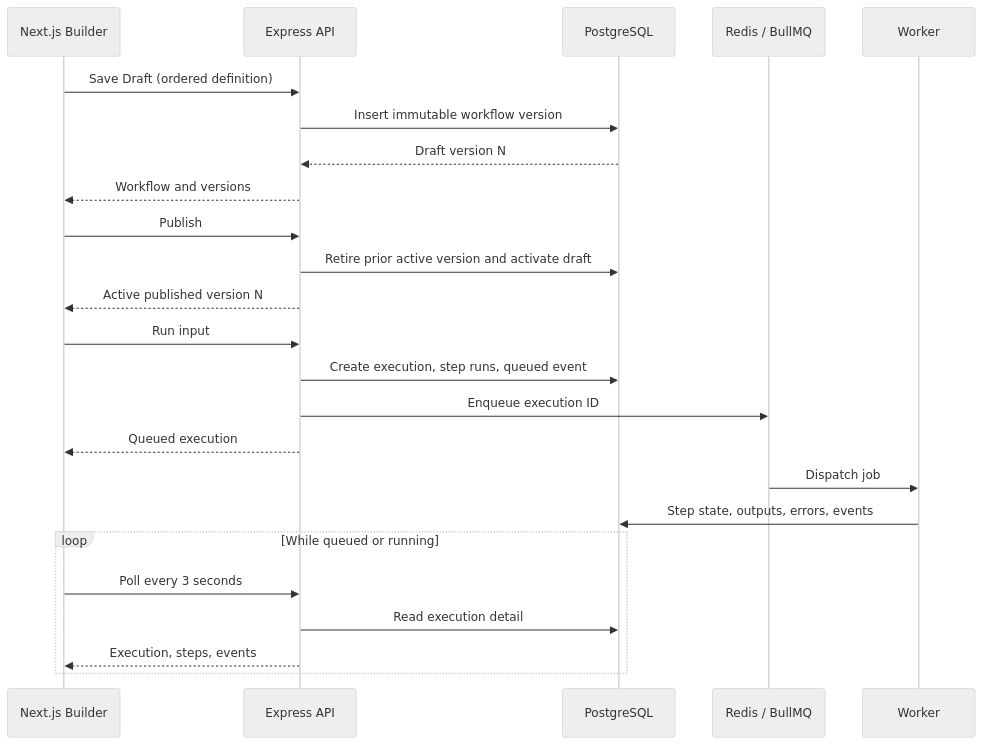
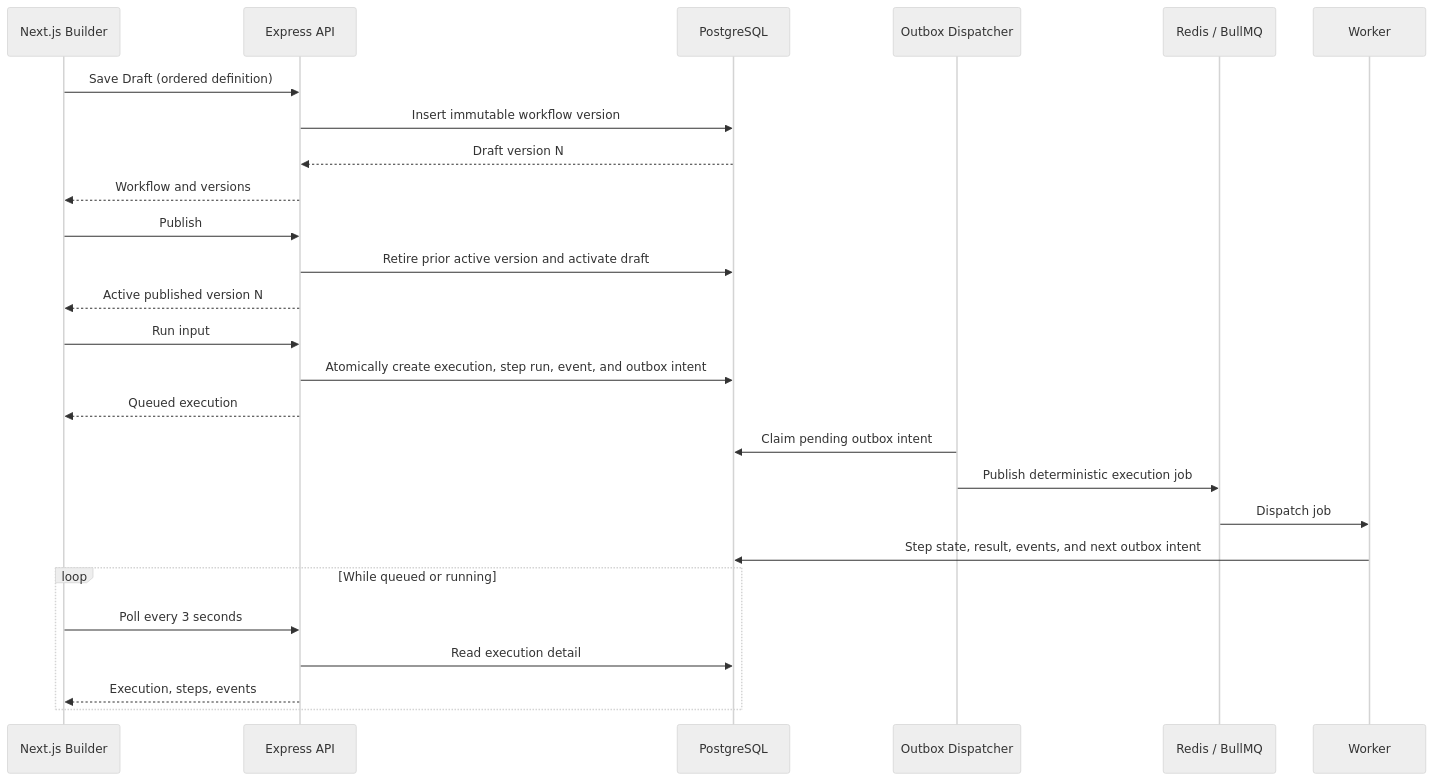
Before and after one commit to m-anas-3/ExecLoom: the diagram in docs/architecture/visual-workflow-builder.md, drawn with Mermaid (neutral theme). The commit also changed 38 other files, not shown here.

````diff
--- a/docs/architecture/visual-workflow-builder.md
+++ b/docs/architecture/visual-workflow-builder.md
@@ -64,29 +64,31 @@
 ```mermaid
 sequenceDiagram
   participant Web as Next.js Builder
   participant API as Express API
   participant DB as PostgreSQL
+  participant Dispatcher as Outbox Dispatcher
   participant Queue as Redis / BullMQ
   participant Worker as Worker
 
   Web->>API: Save Draft (ordered definition)
   API->>DB: Insert immutable workflow version
   DB-->>API: Draft version N
   API-->>Web: Workflow and versions
 
   Web->>API: Publish
   API->>DB: Retire prior active version and activate draft
   API-->>Web: Active published version N
 
   Web->>API: Run input
-  API->>DB: Create execution, step runs, queued event
-  API->>Queue: Enqueue execution ID
+  API->>DB: Atomically create execution, step run, event, and outbox intent
   API-->>Web: Queued execution
+  Dispatcher->>DB: Claim pending outbox intent
+  Dispatcher->>Queue: Publish deterministic execution job
   Queue->>Worker: Dispatch job
-  Worker->>DB: Step state, outputs, errors, events
+  Worker->>DB: Step state, result, events, and next outbox intent
   loop While queued or running
     Web->>API: Poll every 3 seconds
     API->>DB: Read execution detail
     API-->>Web: Execution, steps, events
   end
 ```
````
